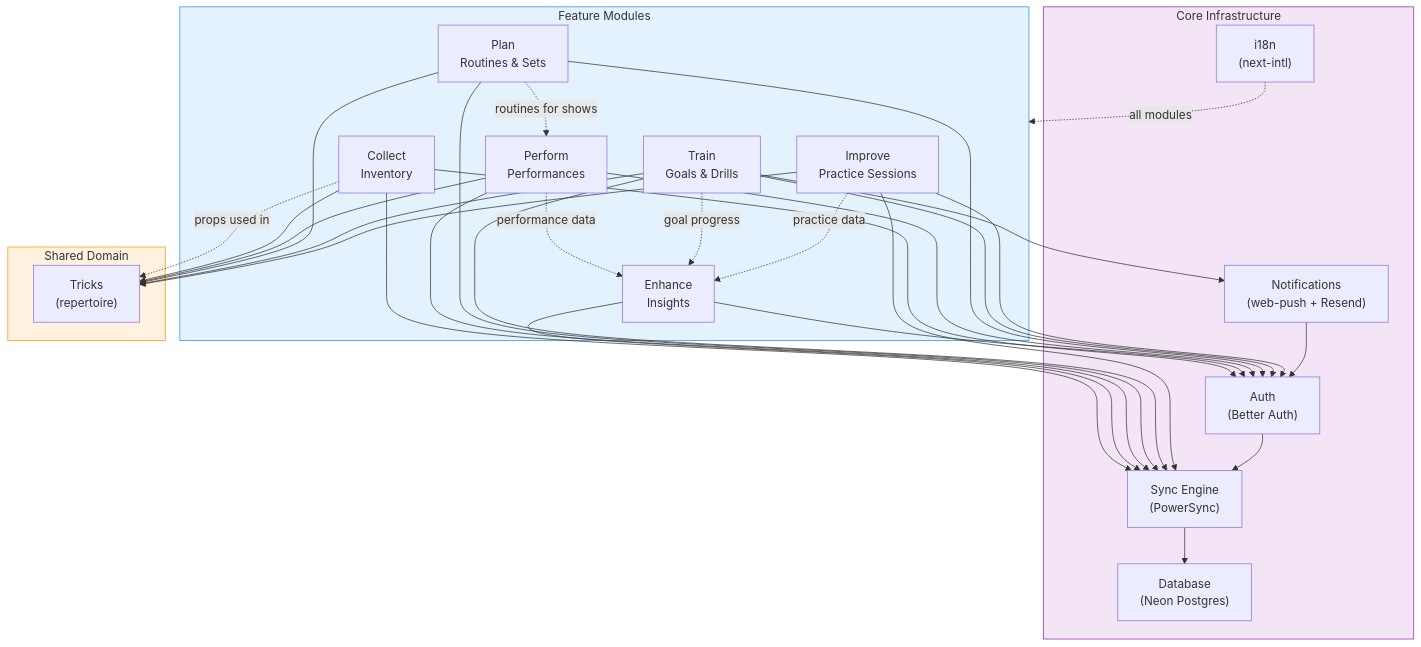
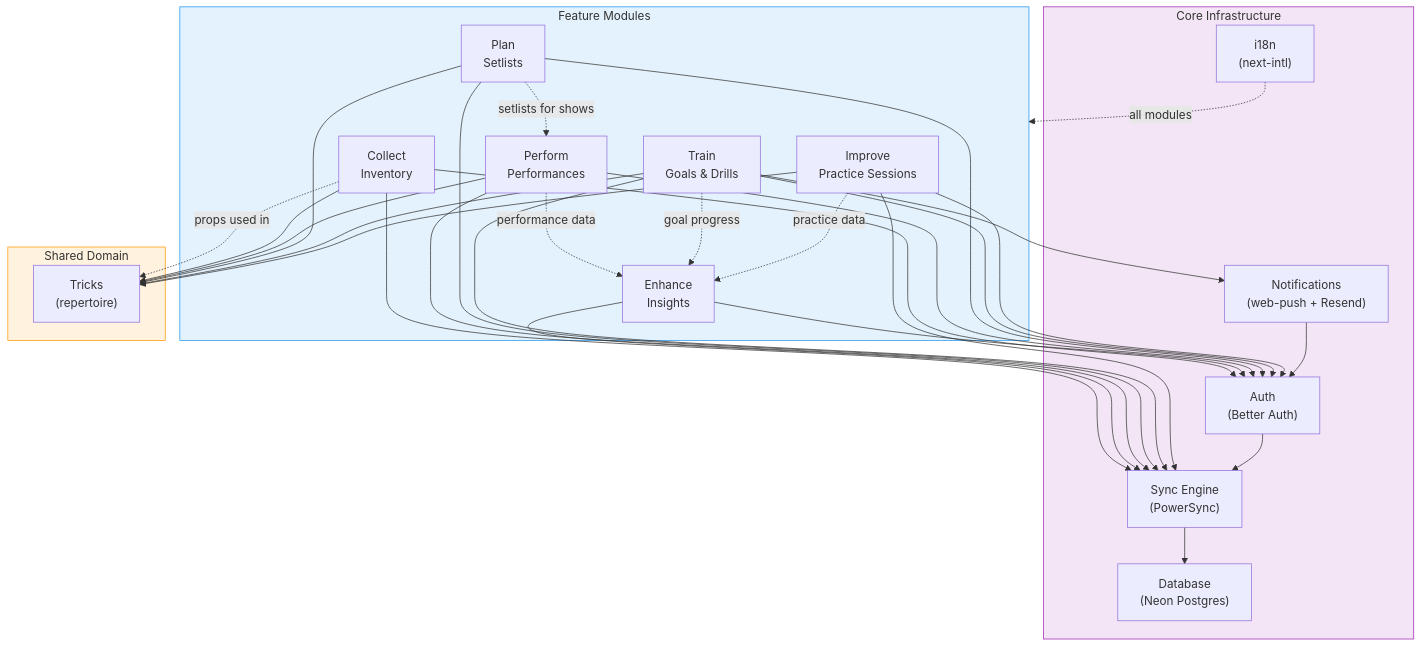
Before and after one commit to julienroussel/tml: the diagram in docs/diagrams/module-deps.md, drawn with Mermaid. The commit also changed other lines of this file and 43 other files, not shown here.

````diff
--- a/docs/diagrams/module-deps.md
+++ b/docs/diagrams/module-deps.md
@@ -5,64 +5,64 @@
 ```mermaid
 graph TB
     subgraph Core["Core Infrastructure"]
         Auth["Auth<br/>(Better Auth)"]
         Sync["Sync Engine<br/>(PowerSync)"]
         DB["Database<br/>(Neon Postgres)"]
         Notify["Notifications<br/>(web-push + Resend)"]
         I18n["i18n<br/>(next-intl)"]
     end
 
     subgraph Modules["Feature Modules"]
         Improve["Improve<br/>Practice Sessions"]
         Train["Train<br/>Goals & Drills"]
-        Plan["Plan<br/>Routines & Sets"]
+        Plan["Plan<br/>Setlists"]
         Perform["Perform<br/>Performances"]
         Enhance["Enhance<br/>Insights"]
         Collect["Collect<br/>Inventory"]
     end
 
     subgraph Shared["Shared Domain"]
         Tricks["Tricks<br/>(repertoire)"]
     end
 
     %% Core dependencies
     Auth --> Sync
     Sync --> DB
     Notify --> Auth
 
     %% Module to core
     Improve --> Sync
     Improve --> Auth
     Train --> Sync
     Train --> Auth
     Train --> Notify
     Plan --> Sync
     Plan --> Auth
     Perform --> Sync
     Perform --> Auth
     Enhance --> Sync
     Enhance --> Auth
     Collect --> Sync
     Collect --> Auth
 
     %% Module to shared domain
     Improve --> Tricks
     Train --> Tricks
     Plan --> Tricks
     Perform --> Tricks
     Collect --> Tricks
 
     %% Cross-module dependencies
     Improve -.->|"practice data"| Enhance
     Train -.->|"goal progress"| Enhance
     Perform -.->|"performance data"| Enhance
-    Plan -.->|"routines for shows"| Perform
+    Plan -.->|"setlists for shows"| Perform
     Collect -.->|"props used in"| Tricks
 
     %% i18n is used by everything
     I18n -.->|"all modules"| Modules
 
     style Core fill:#f3e5f5,stroke:#9c27b0
     style Modules fill:#e3f2fd,stroke:#2196f3
     style Shared fill:#fff3e0,stroke:#ff9800
 ```
````
